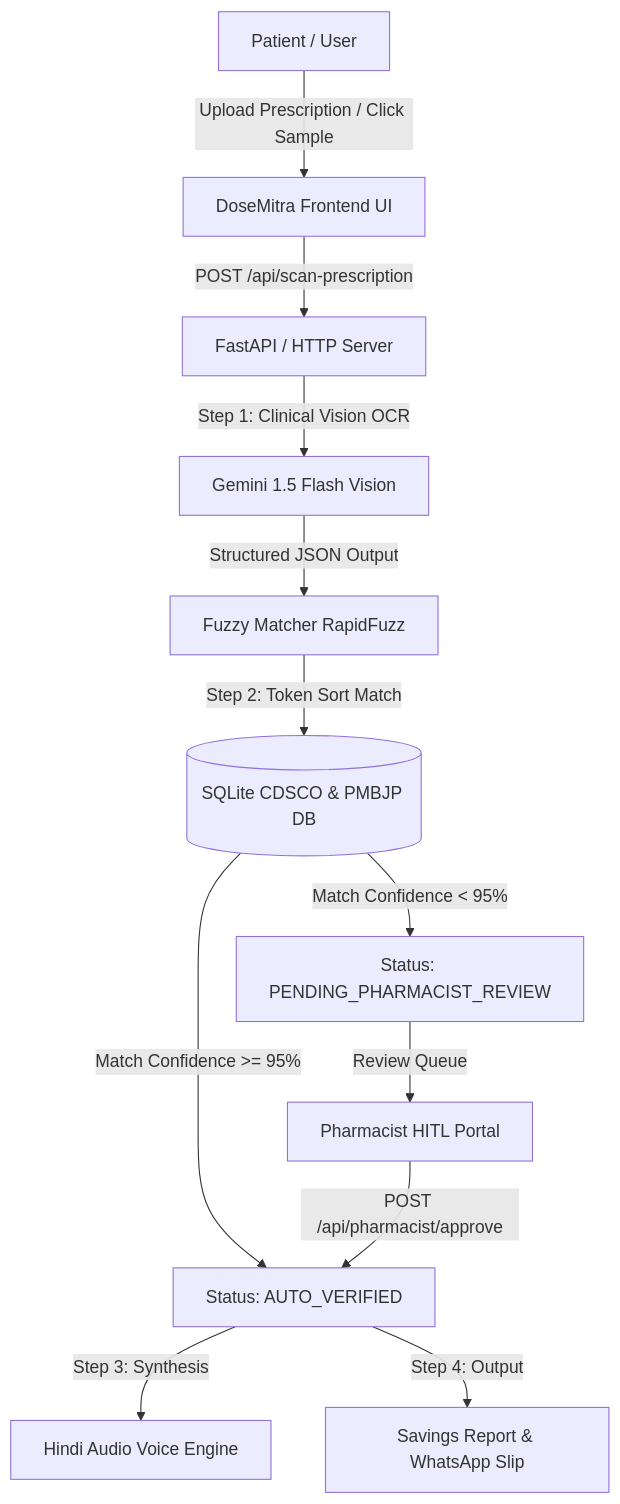
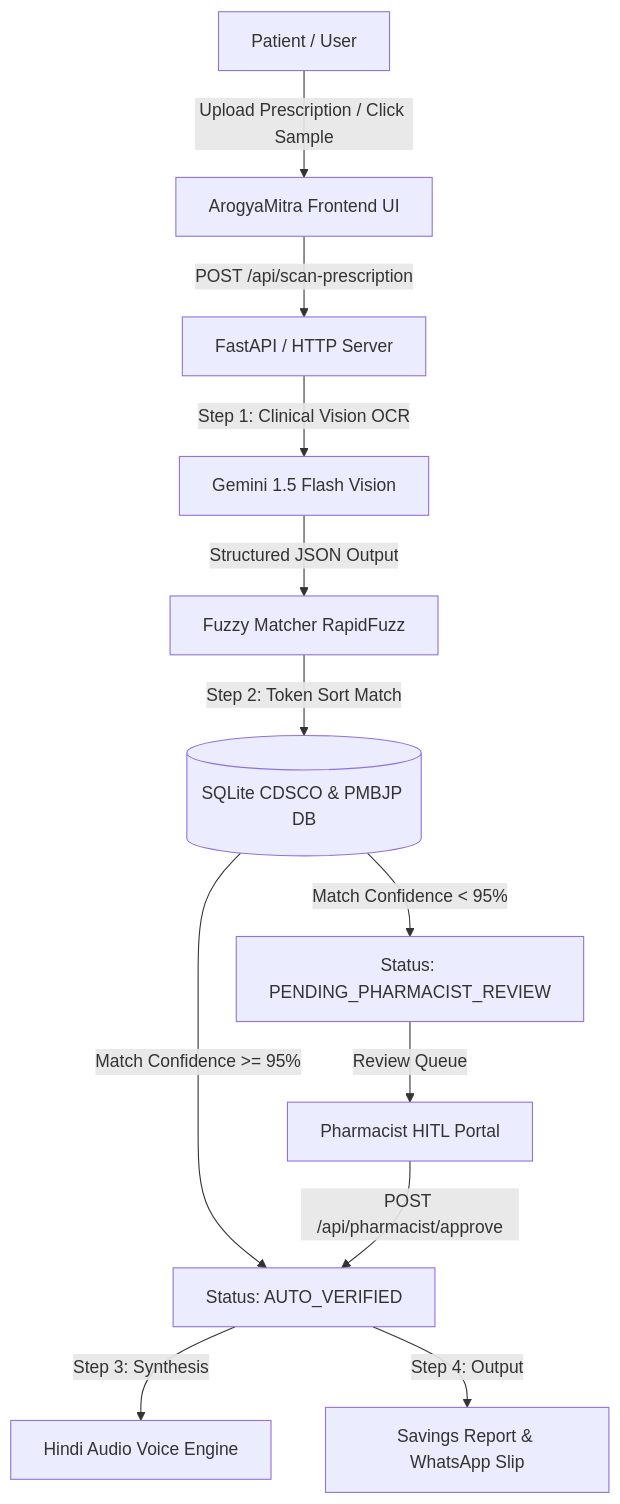
Before and after one commit to krishnachandra81973-ui/Dosemitra-ai-: the diagram in README.md, drawn with Mermaid. The commit also changed other lines of this file and 9 other files, not shown here.

Commit message:
feat(branding): Rebrand to ArogyaMitra AI, integrate official capsule logo, ultra-attractive modern header & hero showcase

````diff
--- a/README.md
+++ b/README.md
@@ -23,14 +23,14 @@
 ```mermaid
 graph TD
-    A[Patient / User] -->|Upload Prescription / Click Sample| B[DoseMitra Frontend UI]
+    A[Patient / User] -->|Upload Prescription / Click Sample| B[ArogyaMitra Frontend UI]
     B -->|POST /api/scan-prescription| C[FastAPI / HTTP Server]
     C -->|Step 1: Clinical Vision OCR| D[Gemini 1.5 Flash Vision]
     D -->|Structured JSON Output| E[Fuzzy Matcher RapidFuzz]
     E -->|Step 2: Token Sort Match| F[(SQLite CDSCO & PMBJP DB)]
     F -->|Match Confidence >= 95%| G[Status: AUTO_VERIFIED]
     F -->|Match Confidence < 95%| H[Status: PENDING_PHARMACIST_REVIEW]
     H -->|Review Queue| I[Pharmacist HITL Portal]
     I -->|POST /api/pharmacist/approve| G
     G -->|Step 3: Synthesis| J[Hindi Audio Voice Engine]
     G -->|Step 4: Output| K[Savings Report & WhatsApp Slip]
 ```
````
